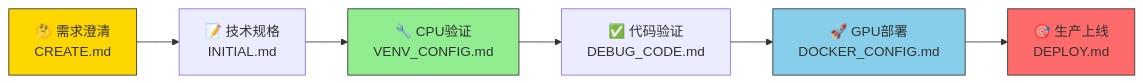
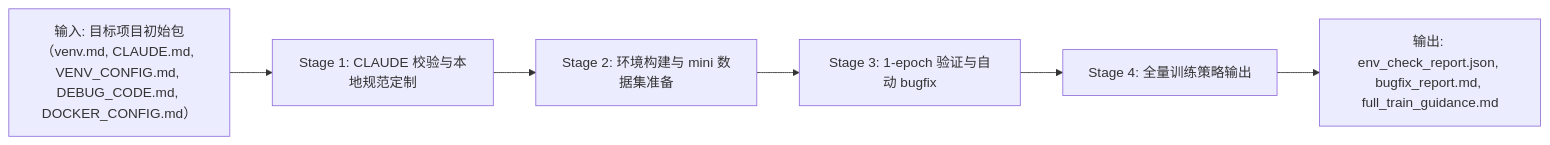
One commit to ouyangshixiong/context-engineering-zh changed the sixth of 11 diagrams in README.md. Above: the diagram before and after it, drawn with Mermaid. The commit also changed other lines of this file, not shown here.

````diff
--- a/README.md
+++ b/README.md
@@ -436,13 +297,11 @@
 ```mermaid
 flowchart LR
-    A[🤔 需求澄清<br/>CREATE.md] --> B[📝 技术规格<br/>INITIAL.md]
-    B --> C[🔧 CPU验证<br/>VENV_CONFIG.md]
-    C --> D[✅ 代码验证<br/>DEBUG_CODE.md]
-    D --> E[🚀 GPU部署<br/>DOCKER_CONFIG.md]
-    E --> F[🎯 生产上线<br/>DEPLOY.md]
-    
-    style A fill:#FFD700,stroke:#333
-    style C fill:#90EE90,stroke:#333
-    style E fill:#87CEEB,stroke:#333
-    style F fill:#FF6B6B,stroke:#333
+    S1[Stage 1: CLAUDE 校验与本地规范定制]
+    S2[Stage 2: 环境构建与 mini 数据集准备]
+    S3[Stage 3: 1-epoch 验证与自动 bugfix]
+    S4[Stage 4: 全量训练策略输出]
+    IN[输入: 目标项目初始包（venv.md, CLAUDE.md, VENV_CONFIG.md, DEBUG_CODE.md, DOCKER_CONFIG.md）]
+    OUT[输出: env_check_report.json, bugfix_report.md, full_train_guidance.md]
+
+    IN --> S1 --> S2 --> S3 --> S4 --> OUT
 ```
````
